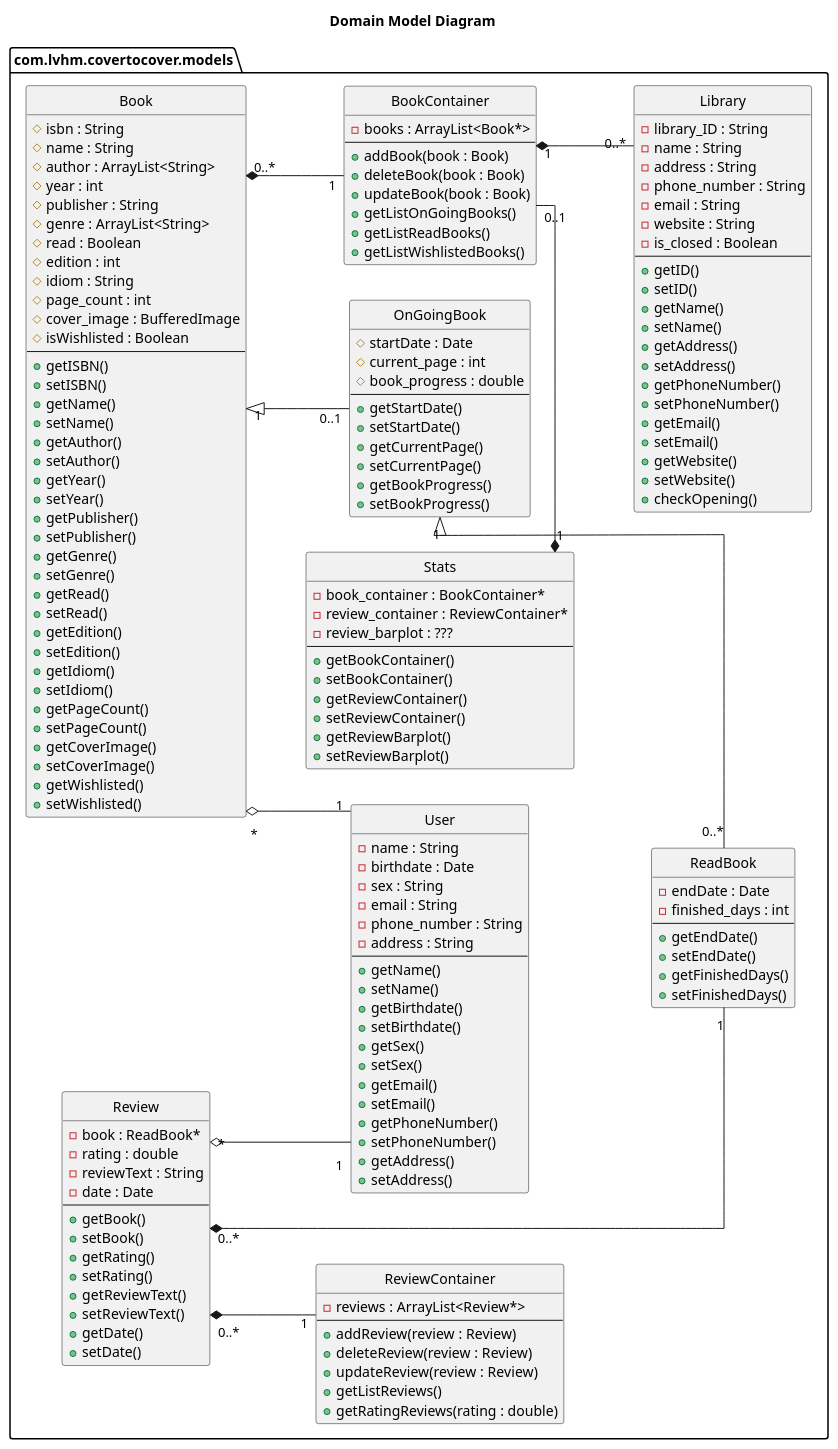
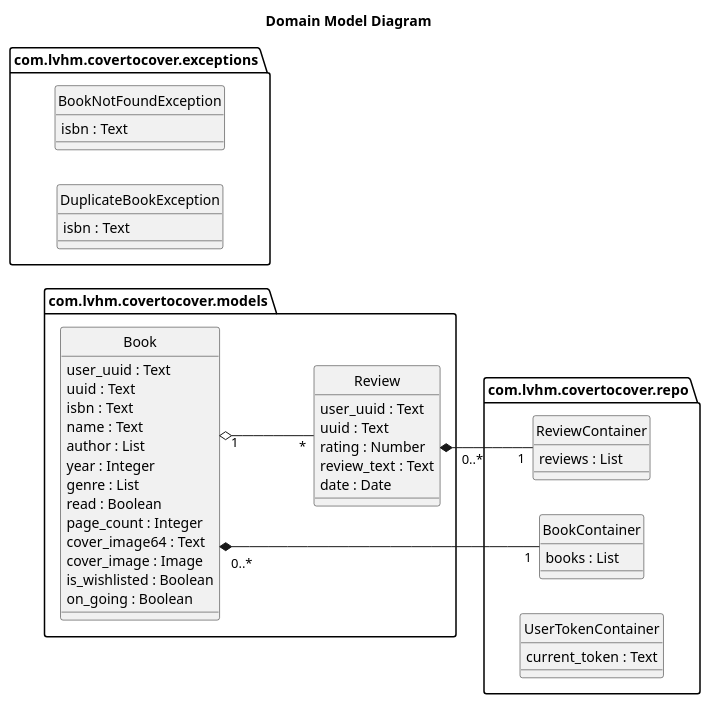
The diagram in UMLs/ModeloDomínio/uml/model_domínio.puml (VitorHTeixeira/DSSMV_ProjectDroid_1232067_1241131_1241008), drawn with PlantUML before and after one commit. The commit also changed 1 other file, not shown here.

```diff
--- a/UMLs/ModeloDomínio/uml/model_domínio.puml
+++ b/UMLs/ModeloDomínio/uml/model_domínio.puml
@@ -1,172 +1,63 @@
 @startuml
 'https://plantuml.com/class-diagram
 
 hide circle
 left to right direction
 skinparam linetype ortho
 title Domain Model Diagram
 
 package "com.lvhm.covertocover.models" as models_package {
-    class User {
-        - name : String
-        - birthdate : Date
-        - sex : String
-        - email : String
-        - phone_number : String
-        - address : String
-        ---
-        + getName()
-        + setName()
-        + getBirthdate()
-        + setBirthdate()
-        + getSex()
-        + setSex()
-        + getEmail()
-        + setEmail()
-        + getPhoneNumber()
-        + setPhoneNumber()
-        + getAddress()
-        + setAddress()
-    }
     class Book {
-        # isbn : String
-        # name : String
-        # author : ArrayList<String>
-        # year : int
-        # publisher : String
-        # genre : ArrayList<String>
-        # read : Boolean
-        # edition : int
-        # idiom : String
-        # page_count : int
-        # cover_image : BufferedImage
-        # isWishlisted : Boolean
-        ---
-        + getISBN()
-        + setISBN()
-        + getName()
-        + setName()
-        + getAuthor()
-        + setAuthor()
-        + getYear()
-        + setYear()
-        + getPublisher()
-        + setPublisher()
-        + getGenre()
-        + setGenre()
-        + getRead()
-        + setRead()
-        + getEdition()
-        + setEdition()
-        + getIdiom()
-        + setIdiom()
-        + getPageCount()
-        + setPageCount()
-        + getCoverImage()
-        + setCoverImage()
-        + getWishlisted()
-        + setWishlisted()
-    }
-    class OnGoingBook {
-        # startDate : Date
-        # current_page : int
-        # book_progress : double
-        ---
-        + getStartDate()
-        + setStartDate()
-        + getCurrentPage()
-        + setCurrentPage()
-        + getBookProgress()
-        + setBookProgress()
-    }
-    class ReadBook {
-        - endDate : Date
-        - finished_days : int
-        ---
-        + getEndDate()
-        + setEndDate()
-        + getFinishedDays()
-        + setFinishedDays()
+        user_uuid : Text
+        uuid : Text
+        isbn : Text
+        name : Text
+        author : List
+        year : Integer
+        genre : List
+        read : Boolean
+        page_count : Integer
+        cover_image64 : Text
+        cover_image : Image
+        is_wishlisted : Boolean
+        on_going : Boolean
     }
     class Review {
-        - book : ReadBook*
-        - rating : double
-        - reviewText : String
-        - date : Date
-        ---
-        + getBook()
-        + setBook()
-        + getRating()
-        + setRating()
-        + getReviewText()
-        + setReviewText()
-        + getDate()
-        + setDate()
+        user_uuid : Text
+        uuid : Text
+        rating : Number
+        review_text : Text
+        date : Date
     }
-    class Stats {
-        - book_container : BookContainer*
-        - review_container : ReviewContainer*
-        - review_barplot : ???
-        ---
-        + getBookContainer()
-        + setBookContainer()
-        + getReviewContainer()
-        + setReviewContainer()
-        + getReviewBarplot()
-        + setReviewBarplot()
+
+}
+
+package "com.lvhm.covertocover.exceptions" as exceptions_package {
+    class BookNotFoundException {
+        isbn : Text
     }
-    class Library {
-        - library_ID : String
-        - name : String
-        - address : String
-        - phone_number : String
-        - email : String
-        - website : String
-        - is_closed : Boolean
-        ---
-        + getID()
-        + setID()
-        + getName()
-        + setName()
-        + getAddress()
-        + setAddress()
-        + getPhoneNumber()
-        + setPhoneNumber()
-        + getEmail()
-        + setEmail()
-        + getWebsite()
-        + setWebsite()
-        + checkOpening()
-    }
-    class BookContainer {
-        - books : ArrayList<Book*>
-        ---
-        + addBook(book : Book)
-        + deleteBook(book : Book)
-        + updateBook(book : Book)
-        + getListOnGoingBooks()
-        + getListReadBooks()
-        + getListWishlistedBooks()
-    }
-    class ReviewContainer {
-        - reviews : ArrayList<Review*>
-        ---
-        + addReview(review : Review)
-        + deleteReview(review : Review)
-        + updateReview(review : Review)
-        + getListReviews()
-        + getRatingReviews(rating : double)
+    class DuplicateBookException {
+        isbn : Text
     }
 }
 
-Book "*" o-- "1" User
-Review "*" o-- "1" User
-Book "1" <|-- "0..1" OnGoingBook
-OnGoingBook "1" <|-- "0..*" ReadBook
-Review "0..*" *--- "1" ReadBook
-Review "0..*" *-- "1" ReviewContainer
-Book "0..*" *-- "1" BookContainer
-Stats "1" *- "0..1" BookContainer
-BookContainer "1" *-- "0..*" Library
+package "com.lvhm.covertocover.repo" as repo_package {
+    class BookContainer {
+        books : List
+    }
+
+    class ReviewContainer {
+        reviews : List
+    }
+
+    class UserTokenContainer {
+        current_token : Text
+    }
+}
+
+Book " 1" o-- "*" Review
+Review "    0..*" *-- "1" ReviewContainer
+Book " 0..*" *-- "1" BookContainer
+
 
 @enduml
```
